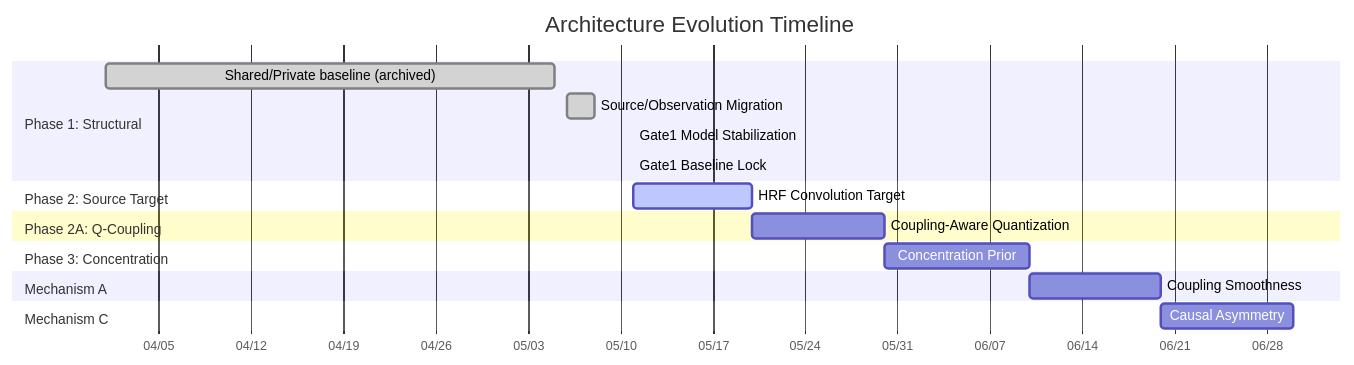
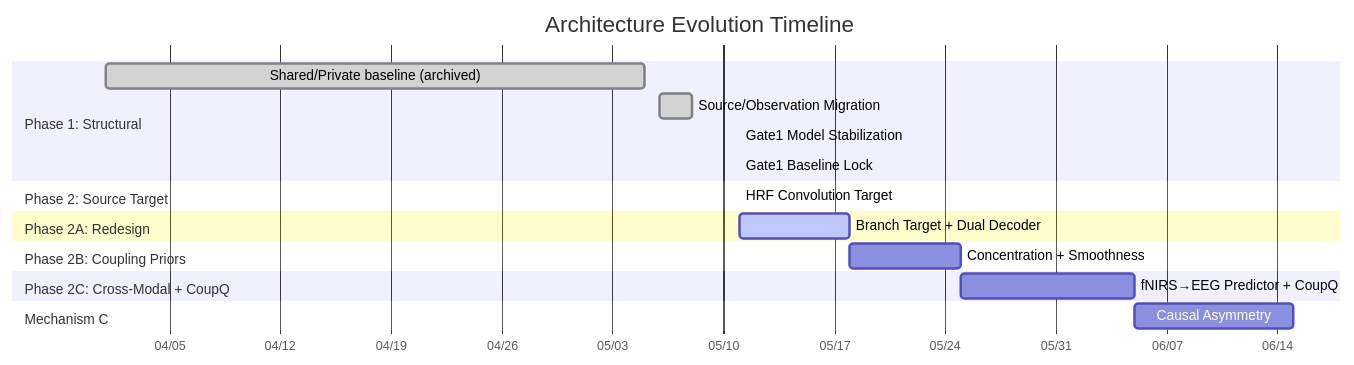
The diagram in docs/architecture_changelog/INDEX.md (Kevin65536/PID-MCM), drawn with Mermaid before and after one commit. The commit also changed other lines of this file and 4 other files, not shown here.

Commit message:
change architecture design and loss design, change implementation phase target

````diff
--- a/docs/architecture_changelog/INDEX.md
+++ b/docs/architecture_changelog/INDEX.md
@@ -11,21 +11,21 @@
 ```mermaid
 gantt
     title Architecture Evolution Timeline
     dateFormat  YYYY-MM-DD
     axisFormat  %m/%d
     section Phase 1: Structural
         Shared/Private baseline (archived) :done, 2026-04-01, 2026-05-05
         Source/Observation Migration      :done, 2026-05-06, 2026-05-08
         Gate1 Model Stabilization         :done, 2026-05-11, 2026-05-11
         Gate1 Baseline Lock               :done, 2026-05-11, 2026-05-11
     section Phase 2: Source Target
-        HRF Convolution Target            :active, 2026-05-11, 2026-05-20
-    section Phase 2A: Q-Coupling
-        Coupling-Aware Quantization       :      2026-05-20, 2026-05-30
-    section Phase 3: Concentration
-        Concentration Prior               :      2026-05-30, 2026-06-10
-    section Mechanism A
-        Coupling Smoothness               :      2026-06-10, 2026-06-20
+        HRF Convolution Target            :done, 2026-05-11, 2026-05-11
+    section Phase 2A: Redesign
+        Branch Target + Dual Decoder     :active, 2026-05-11, 2026-05-18
+    section Phase 2B: Coupling Priors
+        Concentration + Smoothness       :      2026-05-18, 2026-05-25
+    section Phase 2C: Cross-Modal + CoupQ
+        fNIRS→EEG Predictor + CoupQ     :      2026-05-25, 2026-06-05
     section Mechanism C
-        Causal Asymmetry                  :      2026-06-20, 2026-06-30
+        Causal Asymmetry                  :      2026-06-05, 2026-06-15
 ```
````
